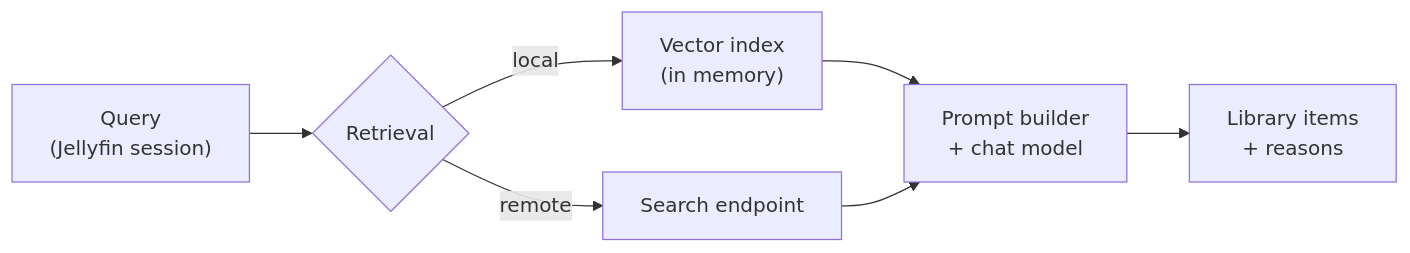
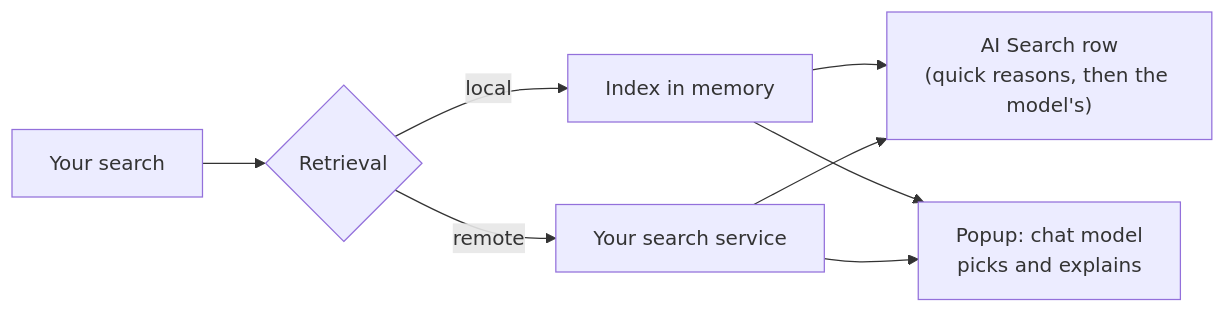
The diagram in README.md (Franciskid/jellyfin-plugin-ai-search), drawn with Mermaid before and after one commit. The commit also changed other lines of this file and 5 other files, not shown here.

First line of the commit message:
Stop the search page from jumping, keep scroll when the popup opens, refresh the README

````diff
--- a/README.md
+++ b/README.md
@@ -39,9 +65,10 @@
 ```mermaid
 flowchart LR
-  A["Query<br/>(Jellyfin session)"] --> B{"Retrieval"}
-  B -->|local| C["Vector index<br/>(in memory)"]
-  B -->|remote| D["Search endpoint"]
-  C --> E["Prompt builder<br/>+ chat model"]
+  A["Your search"] --> B{"Retrieval"}
+  B -->|local| C["Index in memory"]
+  B -->|remote| D["Your search service"]
+  C --> E["AI Search row<br/>(quick reasons, then the model's)"]
   D --> E
-  E --> F["Library items<br/>+ reasons"]
+  C --> F["Popup: chat model<br/>picks and explains"]
+  D --> F
 ```
````
